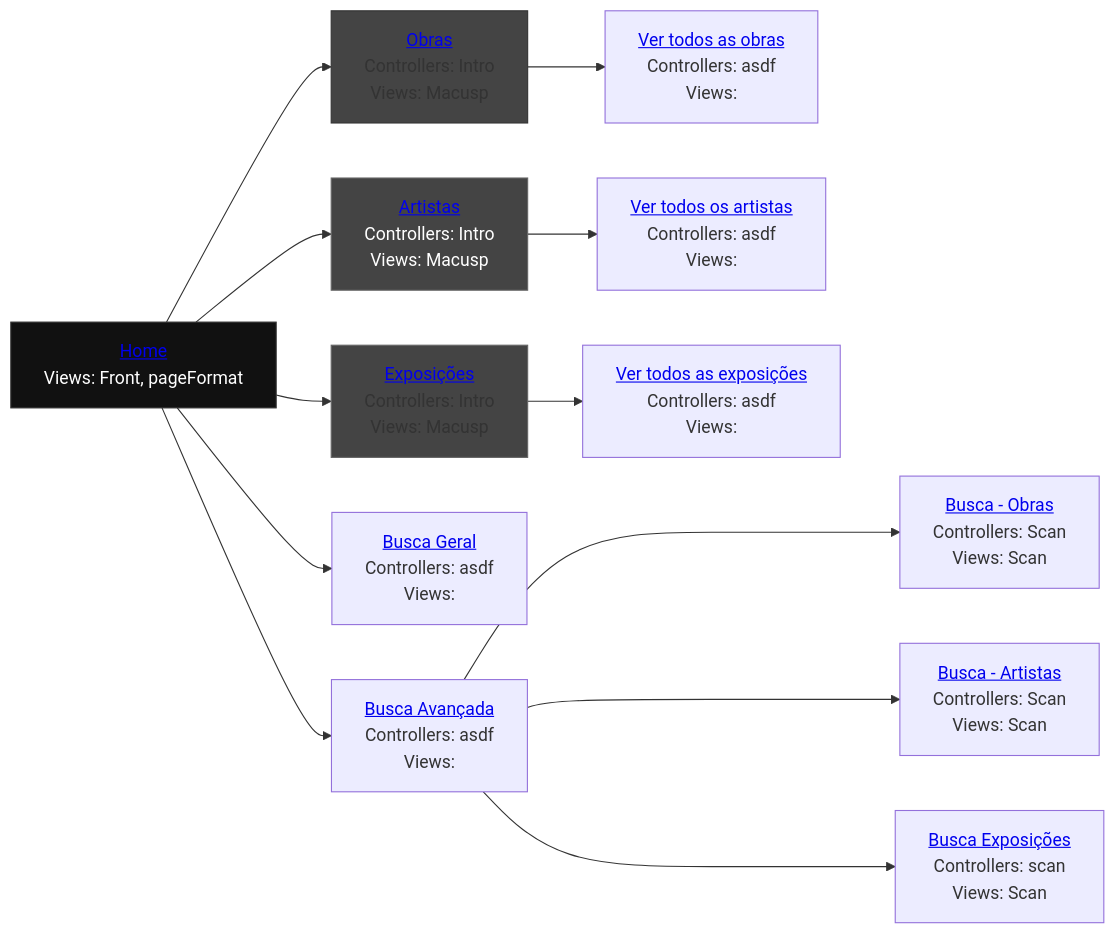
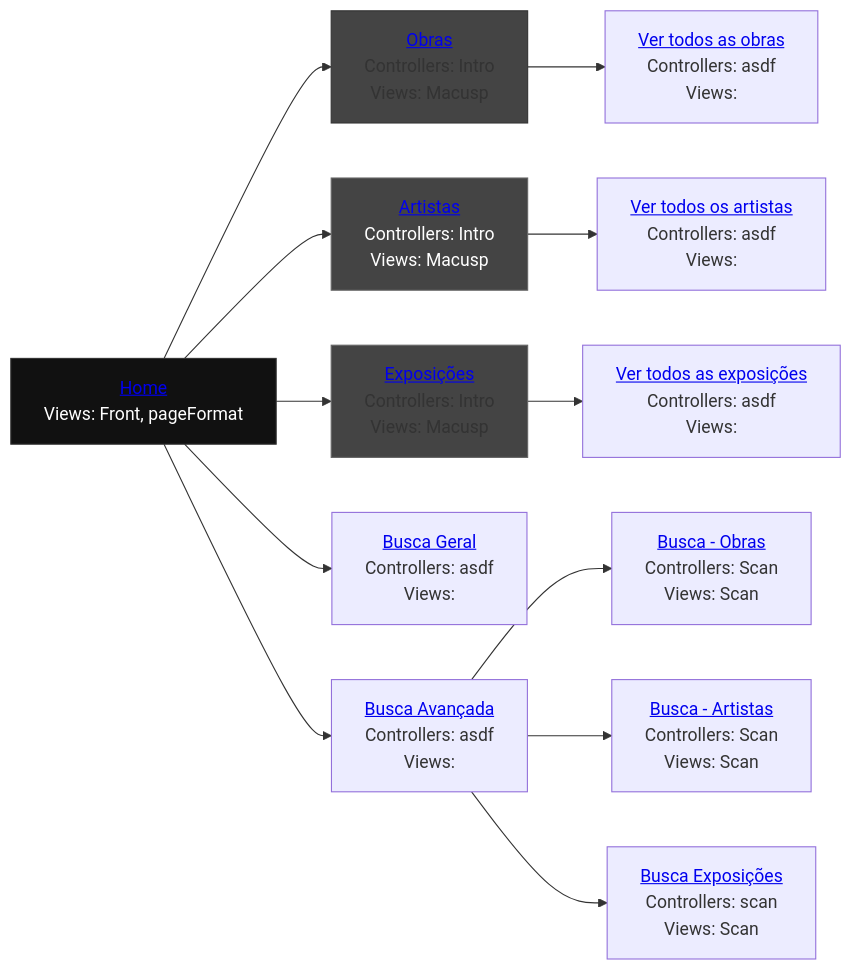
One commit to reynaldocv/macusp changed the diagram in README.md. Above: the diagram before and after it, drawn with Mermaid.

````diff
--- a/README.md
+++ b/README.md
@@ -245,36 +245,36 @@
 ```mermaid
 graph LR
     %% Parte superior e inferior del primer puesto
     home["           <a href='http://143.107.130.173/admacervo/macusp/index.php'> Home </a> <br> Views: Front, pageFormat"]
     works["          <a href='http://143.107.130.173/admacervo/macusp/index.php/Intro/works'>Obras</a>      <br> Controllers: Intro <br> Views: Macusp"]
     artists["        <a href='http://143.107.130.173/admacervo/macusp/index.php/Intro/artists'>Artistas</a>  <br> Controllers: Intro <br> Views: Macusp"]
     exhibitions["    <a href='http://143.107.130.173/admacervo/macusp/index.php/Intro/exhibitions'>Exposições</a> <br> Controllers: Intro <br> Views: Macusp"]
     search["         <a href='https://link.com'> Busca Geral </a> <br>  Controllers: asdf <br>  Views: "]
     advancedSearch[" <a href='https://link.com'> Busca Avançada</a> <br>  Controllers: </strong> asdf <br>  Views: "]
     viewWorks[" <a href='https://link.com'> Ver todos as obras</a> <br>  Controllers: </strong> asdf <br>  Views: "]
     viewArtists[" <a href='https://link.com'> Ver todos os artistas</a> <br>  Controllers: </strong> asdf <br>  Views: "]
     viewExhibitions[" <a href='https://link.com'> Ver todos as exposições</a> <br>  Controllers: </strong> asdf <br>  Views: "]
     asWorks["<a href='http://143.107.130.173/admacervo/macusp/index.php/Scan/advanced/works'> Busca - Obras</a> <br>  Controllers: Scan <br> Views: Scan"]
     asArtists["<a href='http://143.107.130.173/admacervo/macusp/index.php/Scan/advanced/artists'> Busca - Artistas</a> <br>  Controllers: Scan <br> Views: Scan "]
     asExhibitions["<a href='http://143.107.130.173/admacervo/macusp/index.php/Scan/advanced/exhibitions'> Busca Exposições </a> <br> Controllers: scan <br>  Views: Scan  "]
     
     %% Conexión del organigrama (une la parte inferior de uno con la superior del otro)
     home --> works
     home --> artists
     home --> exhibitions
     home --> search
     home --> advancedSearch
     works --> viewWorks
     artists --> viewArtists    
     exhibitions --> viewExhibitions
-    advancedSearch ---> asWorks
-    advancedSearch ---> asArtists
-    advancedSearch ---> asExhibitions
+    advancedSearch --> asWorks
+    advancedSearch --> asArtists
+    advancedSearch --> asExhibitions
 
 
     %% Estilos para que parezcan una sola pieza
     style home fill:#111,stroke:#333,color:#fff
     style works fill:#444,stroke:#333
     style artists fill:#444,stroke:#666,color:#fff
     style exhibitions fill:#444,stroke:#666
 ```
````
